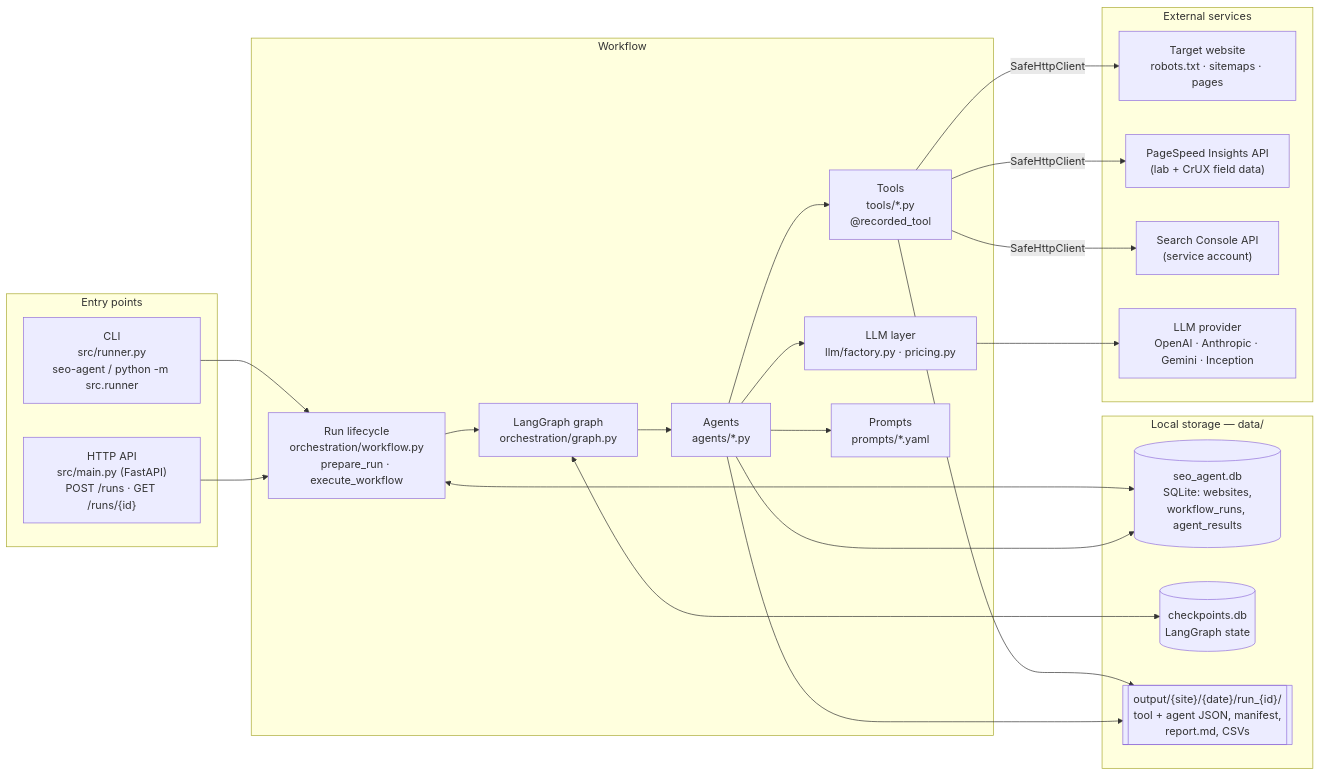
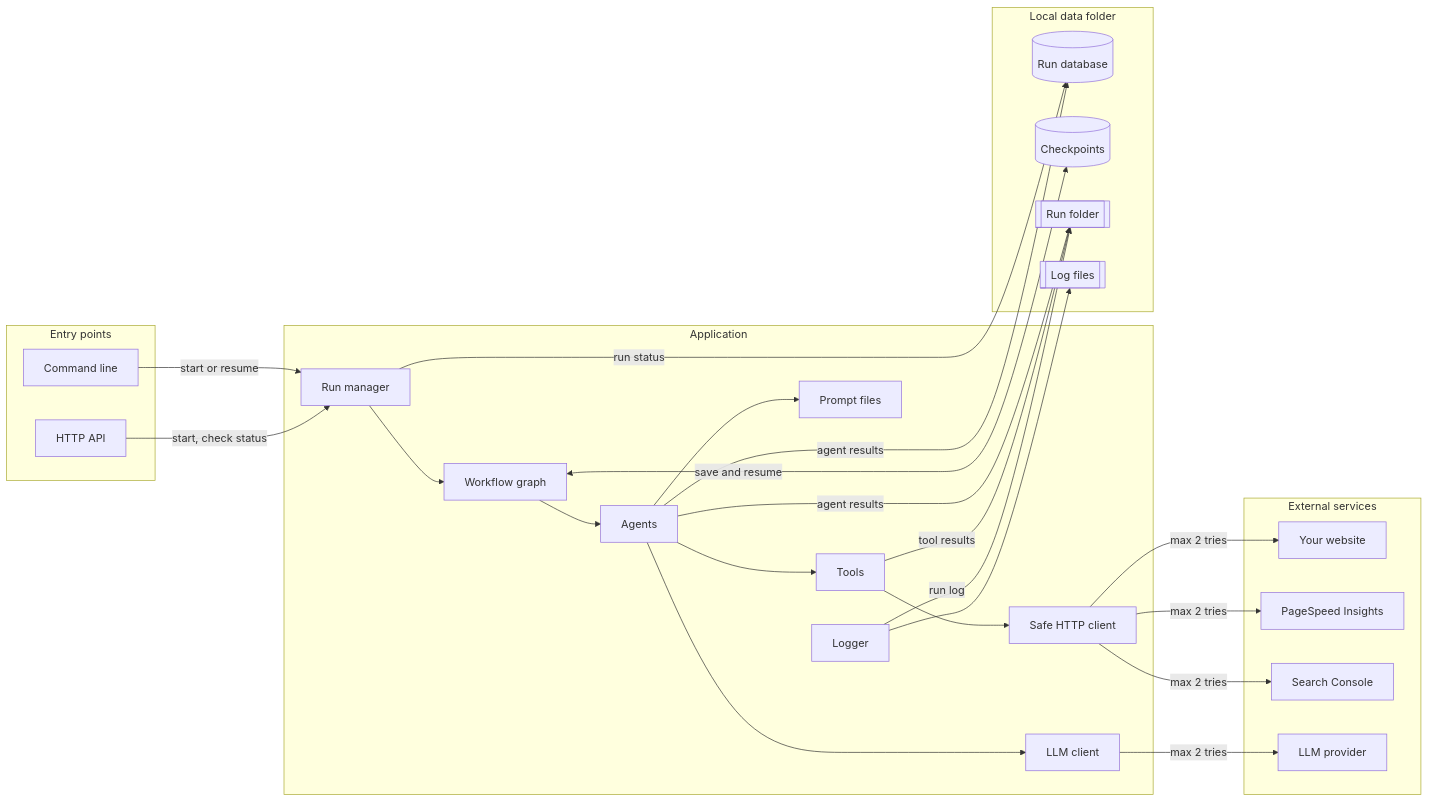
One commit to machinoAI/seo_agent changed the first of 9 diagrams in docs/architecture.md. Above: the diagram before and after it, drawn with Mermaid. The commit also changed other lines of this file and 13 other files, not shown here.

````diff
--- a/docs/architecture.md
+++ b/docs/architecture.md
@@ -17,46 +18,52 @@
 ```mermaid
 flowchart LR
-    subgraph Entry["Entry points"]
-        CLI["CLI<br/>src/runner.py<br/>seo-agent / python -m src.runner"]
-        API["HTTP API<br/>src/main.py (FastAPI)<br/>POST /runs · GET /runs/{id}"]
+    subgraph entry["Entry points"]
+        CLI["Command line"]
+        API["HTTP API"]
     end
 
-    subgraph Core["Workflow"]
-        WF["Run lifecycle<br/>orchestration/workflow.py<br/>prepare_run · execute_workflow"]
-        G["LangGraph graph<br/>orchestration/graph.py"]
-        AG["Agents<br/>agents/*.py"]
-        T["Tools<br/>tools/*.py<br/>@recorded_tool"]
-        L["LLM layer<br/>llm/factory.py · pricing.py"]
-        P["Prompts<br/>prompts/*.yaml"]
+    subgraph app["Application"]
+        RUN["Run manager"]
+        GRAPH["Workflow graph"]
+        AGENTS["Agents"]
+        TOOLS["Tools"]
+        HTTP["Safe HTTP client"]
+        LLM["LLM client"]
+        PROMPTS["Prompt files"]
+        LOGS["Logger"]
     end
 
-    subgraph Store["Local storage — data/"]
-        DB[("seo_agent.db<br/>SQLite: websites,<br/>workflow_runs, agent_results")]
-        CK[("checkpoints.db<br/>LangGraph state")]
-        OUT[["output/{site}/{date}/run_{id}/<br/>tool + agent JSON, manifest,<br/>report.md, CSVs"]]
+    subgraph data["Local data folder"]
+        DB[("Run database")]
+        CKPT[("Checkpoints")]
+        FOLDER[["Run folder"]]
+        LOGFILE[["Log files"]]
     end
 
-    subgraph Ext["External services"]
-        SITE["Target website<br/>robots.txt · sitemaps · pages"]
-        PSI["PageSpeed Insights API<br/>(lab + CrUX field data)"]
-        GSC["Search Console API<br/>(service account)"]
-        LLMP["LLM provider<br/>OpenAI · Anthropic · Gemini · Inception"]
+    subgraph ext["External services"]
+        SITE["Your website"]
+        PSI["PageSpeed Insights"]
+        GSC["Search Console"]
+        PROVIDER["LLM provider"]
     end
 
-    CLI --> WF
-    API --> WF
-    WF --> G
-    WF <--> DB
-    G <--> CK
-    G --> AG
-    AG --> T
-    AG --> P
-    AG --> L
-    AG --> DB
-    T --> OUT
-    AG --> OUT
-    T -->|SafeHttpClient| SITE
-    T -->|SafeHttpClient| PSI
-    T -->|SafeHttpClient| GSC
-    L --> LLMP
+    CLI -->|start or resume| RUN
+    API -->|start, check status| RUN
+    RUN -->|run status| DB
+    RUN --> GRAPH
+    GRAPH <-->|save and resume| CKPT
+    GRAPH --> AGENTS
+    AGENTS --> TOOLS
+    AGENTS --> PROMPTS
+    AGENTS --> LLM
+    AGENTS -->|agent results| DB
+    AGENTS -->|agent results| FOLDER
+    TOOLS -->|tool results| FOLDER
+    TOOLS --> HTTP
+    HTTP -->|max 2 tries| SITE
+    HTTP -->|max 2 tries| PSI
+    HTTP -->|max 2 tries| GSC
+    LLM -->|max 2 tries| PROVIDER
+    LOGS --> LOGFILE
+    LOGS -->|run log| FOLDER
 ```
````
